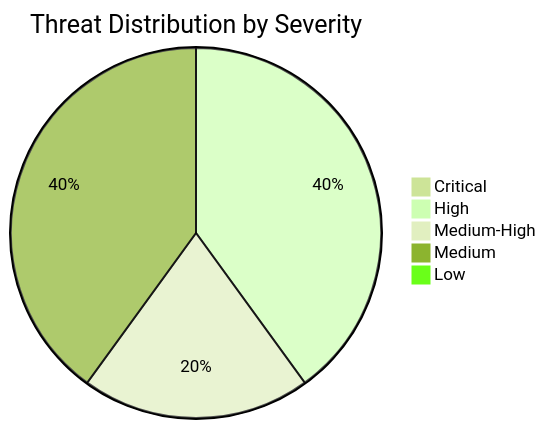
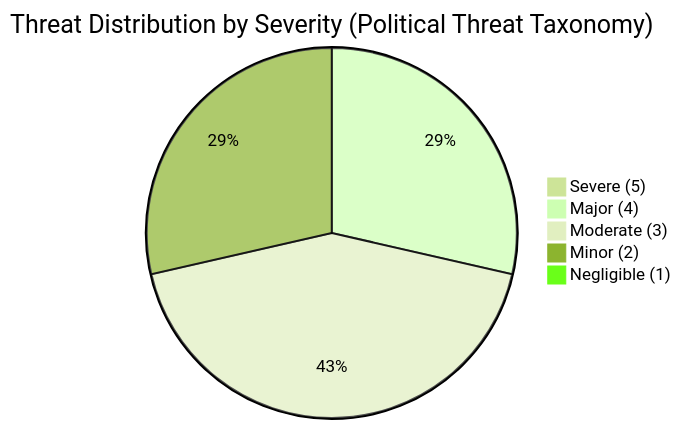
The fourth of 4 diagrams in analysis/daily/2026-04-19/monthly-review/threat-analysis.md (Hack23/riksdagsmonitor), drawn with Mermaid (forest theme) before and after one commit. The commit also changed other lines of this file and 6 other files, not shown here.

First line of the commit message:
Address PR review comments: Political Threat Taxonomy template, CIA-triad in classification-results, remove ephemeral PR IDs, shared multiplier variables

````diff
--- a/analysis/daily/2026-04-19/monthly-review/threat-analysis.md
+++ b/analysis/daily/2026-04-19/monthly-review/threat-analysis.md
@@ -81,8 +192,8 @@
 ```mermaid
-pie title Threat Distribution by Severity
-    "Critical" : 0
-    "High" : 2
-    "Medium-High" : 1
-    "Medium" : 2
-    "Low" : 0
+pie title Threat Distribution by Severity (Political Threat Taxonomy)
+    "Severe (5)" : 0
+    "Major (4)" : 2
+    "Moderate (3)" : 3
+    "Minor (2)" : 2
+    "Negligible (1)" : 0
 ```
````
